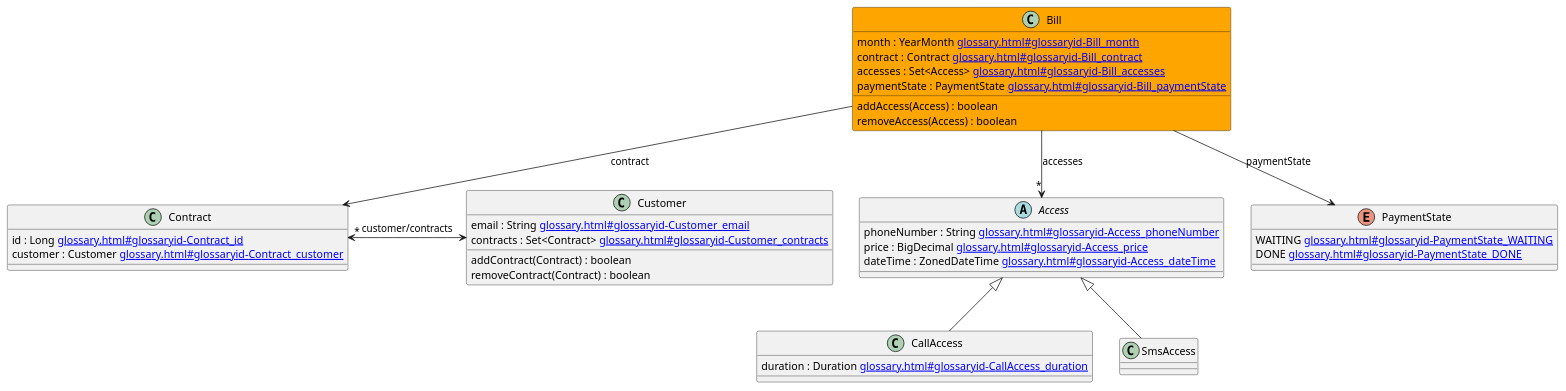
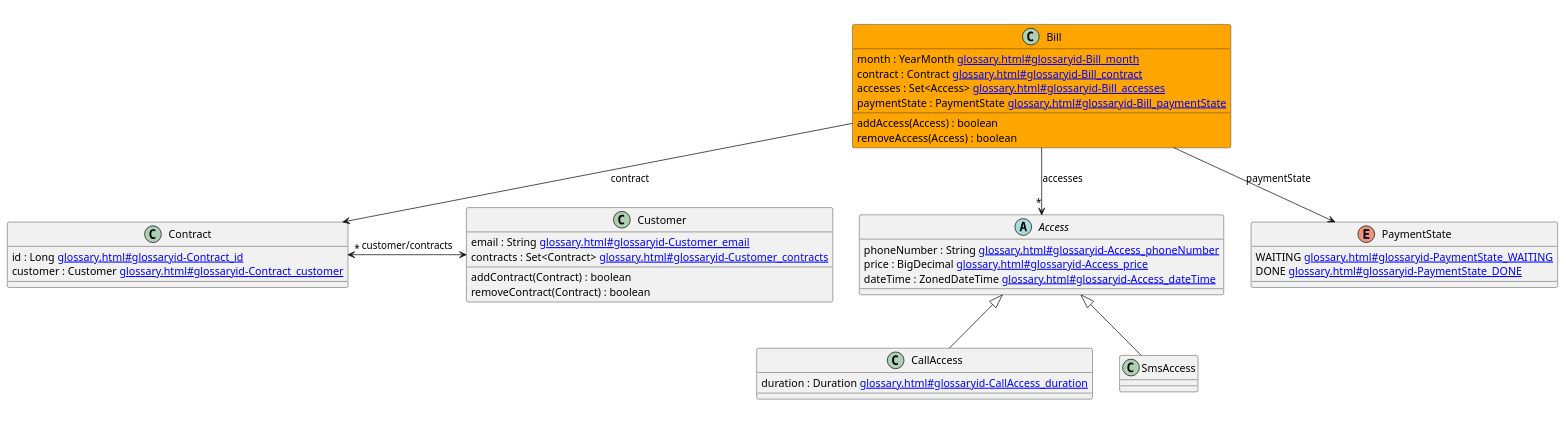
Before and after one commit to jboz/living-documentation: the diagram in livingdoc-maven-plugin/src/it/ddd/src/test/resources/expected/diagram.adoc, drawn with PlantUML. The commit also changed 78 other files, not shown here.

```diff
--- a/livingdoc-maven-plugin/src/it/ddd/src/test/resources/expected/diagram.adoc
+++ b/livingdoc-maven-plugin/src/it/ddd/src/test/resources/expected/diagram.adoc
@@ -5,59 +5,59 @@
 [plantuml, diagram, format=svg, opts=interactive]
 ----
 @startuml
 
+header
 
-
-
+endheader
 
 abstract class "Access" [[glossary.html#glossaryid-Access{Access}]] {
   phoneNumber : String [[glossary.html#glossaryid-Access_phoneNumber{phoneNumber}]]
   price : BigDecimal [[glossary.html#glossaryid-Access_price{price}]]
   dateTime : ZonedDateTime [[glossary.html#glossaryid-Access_dateTime{dateTime}]]
 }
 
 class "Bill" [[glossary.html#glossaryid-Bill{Bill}]] #orange {
   month : YearMonth [[glossary.html#glossaryid-Bill_month{month}]]
   contract : Contract [[glossary.html#glossaryid-Bill_contract{contract}]]
   accesses : Set<Access> [[glossary.html#glossaryid-Bill_accesses{accesses}]]
   paymentState : PaymentState [[glossary.html#glossaryid-Bill_paymentState{paymentState}]]
   addAccess(Access) : boolean
   removeAccess(Access) : boolean
 }
 
 class "CallAccess" [[glossary.html#glossaryid-CallAccess{CallAccess}]] {
   duration : Duration [[glossary.html#glossaryid-CallAccess_duration{duration}]]
 }
 
 class "Contract" [[glossary.html#glossaryid-Contract{Contract}]] {
   id : Long [[glossary.html#glossaryid-Contract_id{id}]]
   customer : Customer [[glossary.html#glossaryid-Contract_customer{customer}]]
 }
 
 class "Customer" [[glossary.html#glossaryid-Customer{Customer}]] {
   email : String [[glossary.html#glossaryid-Customer_email{email}]]
   contracts : Set<Contract> [[glossary.html#glossaryid-Customer_contracts{contracts}]]
   addContract(Contract) : boolean
   removeContract(Contract) : boolean
 }
 
 enum "PaymentState" [[glossary.html#glossaryid-PaymentState{PaymentState}]] {
   WAITING [[glossary.html#glossaryid-PaymentState_WAITING{WAITING}]]
   DONE [[glossary.html#glossaryid-PaymentState_DONE{DONE}]]
 }
 
 class "SmsAccess" [[glossary.html#glossaryid-SmsAccess{SmsAccess}]]
 
 "Access" <|-- "CallAccess"
 "Access" <|-- "SmsAccess"
 "Bill" --> "*" "Access" : accesses
 "Bill" --> "Contract" : contract
 "Bill" --> "PaymentState" : paymentState
 "Contract" "*" <-> "Customer" : customer/contracts
+footer
 
-
-
+endfooter
 
 
 @enduml
 ----
```
